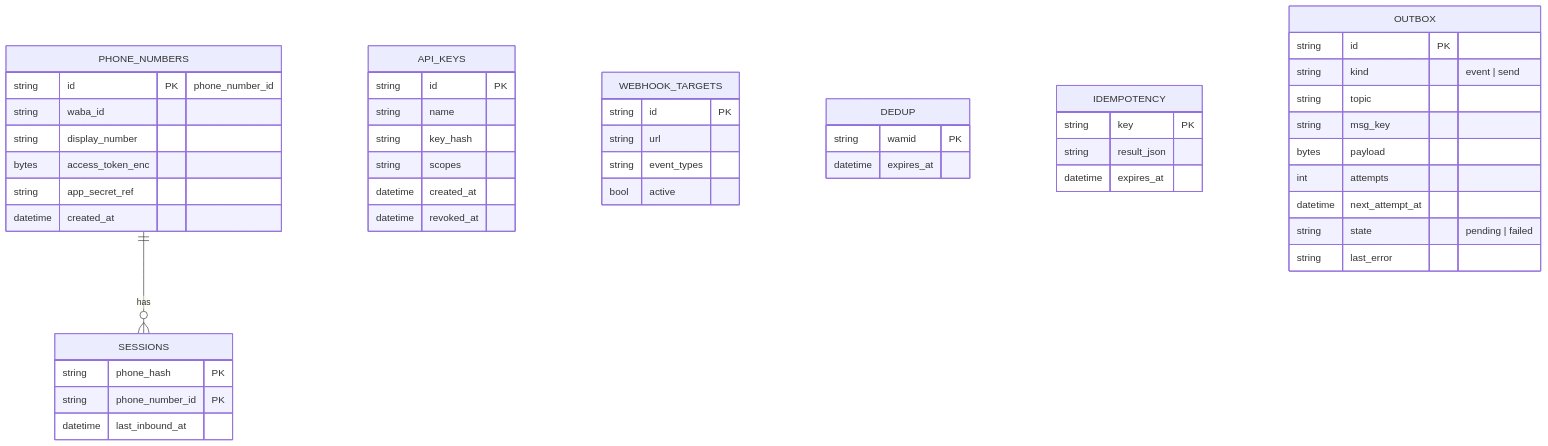
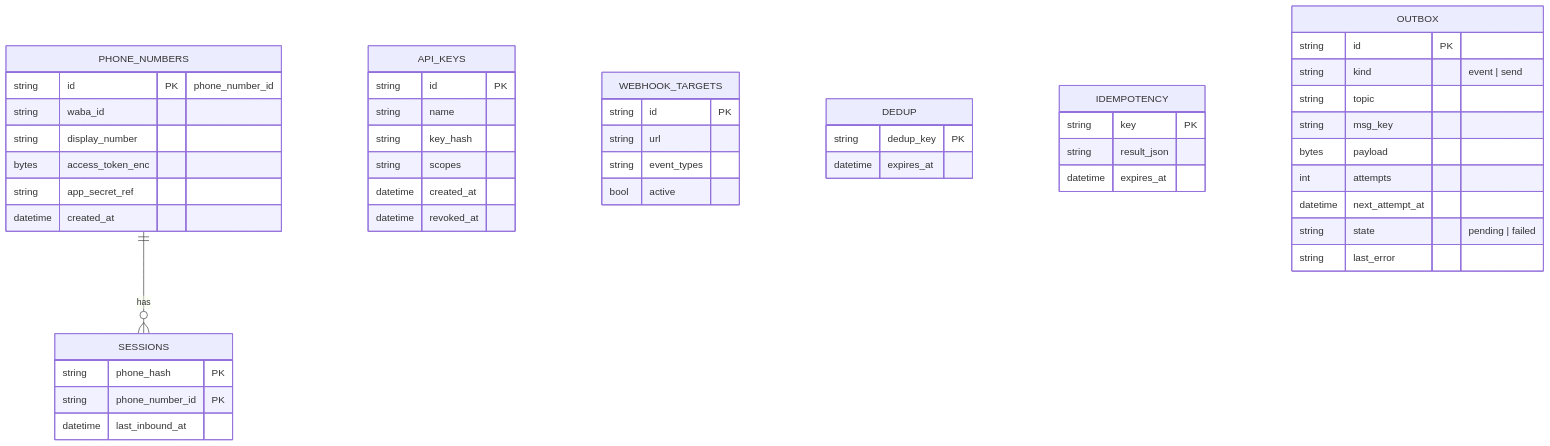
The fifth of 6 diagrams in docs/wa-gateway-architecture.md (NayanthaNethsara/zephyr), drawn with Mermaid before and after one commit. The commit also changed other lines of this file and 9 other files, not shown here.

Commit message:
docs: add architecture, user flows, telemetry, and guides

````diff
--- a/docs/wa-gateway-architecture.md
+++ b/docs/wa-gateway-architecture.md
@@ -357,51 +357,51 @@
 ```mermaid
 erDiagram
     PHONE_NUMBERS {
         string id PK "phone_number_id"
         string waba_id
         string display_number
         bytes access_token_enc
         string app_secret_ref
         datetime created_at
     }
     API_KEYS {
         string id PK
         string name
         string key_hash
         string scopes
         datetime created_at
         datetime revoked_at
     }
     WEBHOOK_TARGETS {
         string id PK
         string url
         string event_types
         bool active
     }
     DEDUP {
-        string wamid PK
+        string dedup_key PK
         datetime expires_at
     }
     IDEMPOTENCY {
         string key PK
         string result_json
         datetime expires_at
     }
     SESSIONS {
         string phone_hash PK
         string phone_number_id PK
         datetime last_inbound_at
     }
     OUTBOX {
         string id PK
         string kind "event | send"
         string topic
         string msg_key
         bytes payload
         int attempts
         datetime next_attempt_at
         string state "pending | failed"
         string last_error
     }
     PHONE_NUMBERS ||--o{ SESSIONS : has
 ```
````
